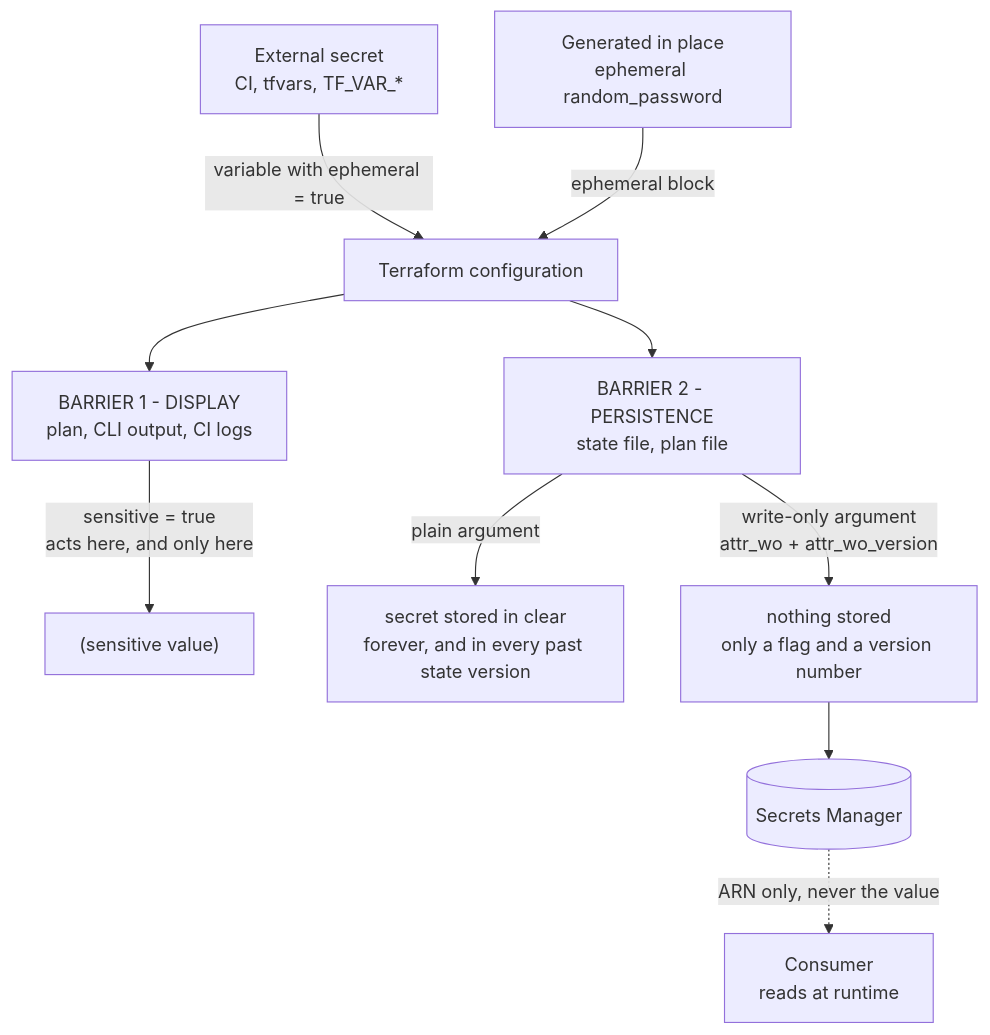
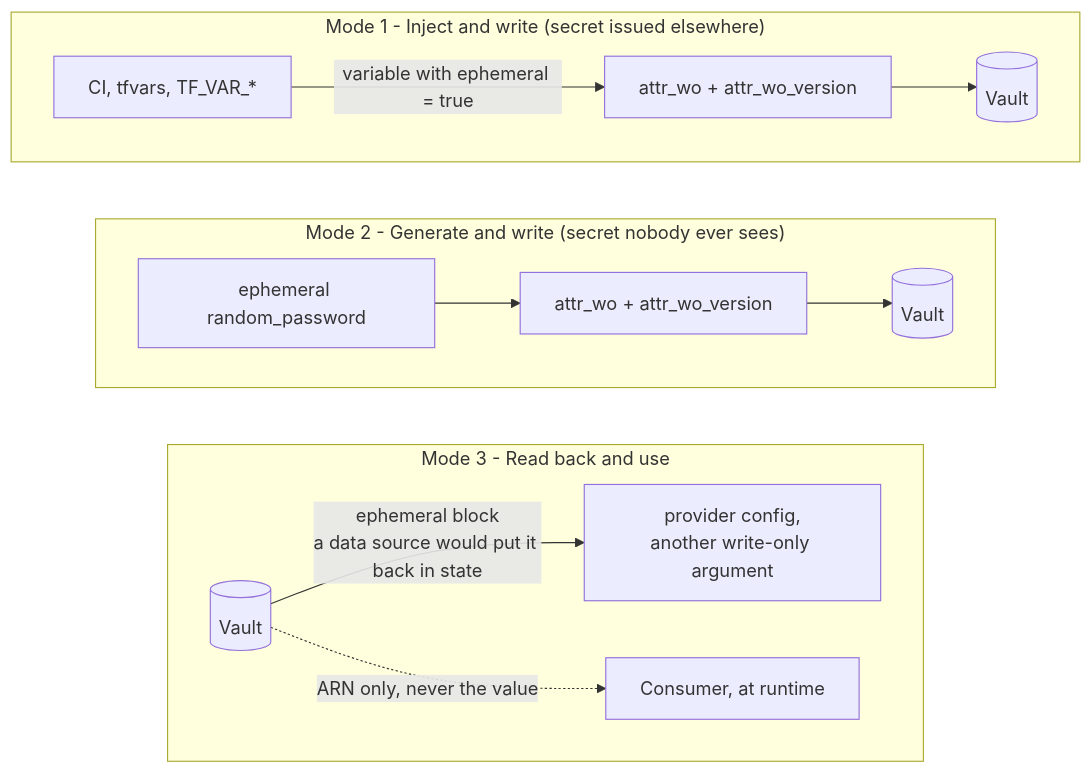
The second of 2 diagrams in examples/terraform-secrets-out-of-state/README.md (bgauduch/terraform-examples), drawn with Mermaid before and after one commit. The commit also changed other lines of this file, not shown here.

First line of the commit message:
docs(terraform-secrets-out-of-state): split the map in two - exposure level and usage mode

````diff
--- a/examples/terraform-secrets-out-of-state/README.md
+++ b/examples/terraform-secrets-out-of-state/README.md
@@ -15,20 +39,20 @@
 ```mermaid
 flowchart TB
-    ext["External secret<br/>CI, tfvars, TF_VAR_*"]
-    gen["Generated in place<br/>ephemeral random_password"]
-    cfg["Terraform configuration"]
+    subgraph M1["Mode 1 - Inject and write (secret issued elsewhere)"]
+        direction LR
+        ci["CI, tfvars, TF_VAR_*"] -->|"variable with ephemeral = true"| wo1["attr_wo + attr_wo_version"] --> v1[("Vault")]
+    end
 
-    ext -->|"variable with ephemeral = true"| cfg
-    gen -->|"ephemeral block"| cfg
+    subgraph M2["Mode 2 - Generate and write (secret nobody ever sees)"]
+        direction LR
+        gen["ephemeral random_password"] --> wo2["attr_wo + attr_wo_version"] --> v2[("Vault")]
+    end
 
-    cfg --> display["BARRIER 1 - DISPLAY<br/>plan, CLI output, CI logs"]
-    cfg --> persist["BARRIER 2 - PERSISTENCE<br/>state file, plan file"]
+    subgraph M3["Mode 3 - Read back and use"]
+        direction LR
+        v3[("Vault")] -->|"ephemeral block<br/>a data source would put it back in state"| dest["provider config,<br/>another write-only argument"]
+        v3 -.->|"ARN only, never the value"| app["Consumer, at runtime"]
+    end
 
-    display -->|"sensitive = true<br/>acts here, and only here"| redacted["(sensitive value)"]
-
-    persist -->|"plain argument"| leak["secret stored in clear<br/>forever, and in every past state version"]
-    persist -->|"write-only argument<br/>attr_wo + attr_wo_version"| clean["nothing stored<br/>only a flag and a version number"]
-
-    clean --> vault[("Secrets Manager")]
-    vault -.->|"ARN only, never the value"| app["Consumer<br/>reads at runtime"]
+    M1 ~~~ M2 ~~~ M3
 ```
````
